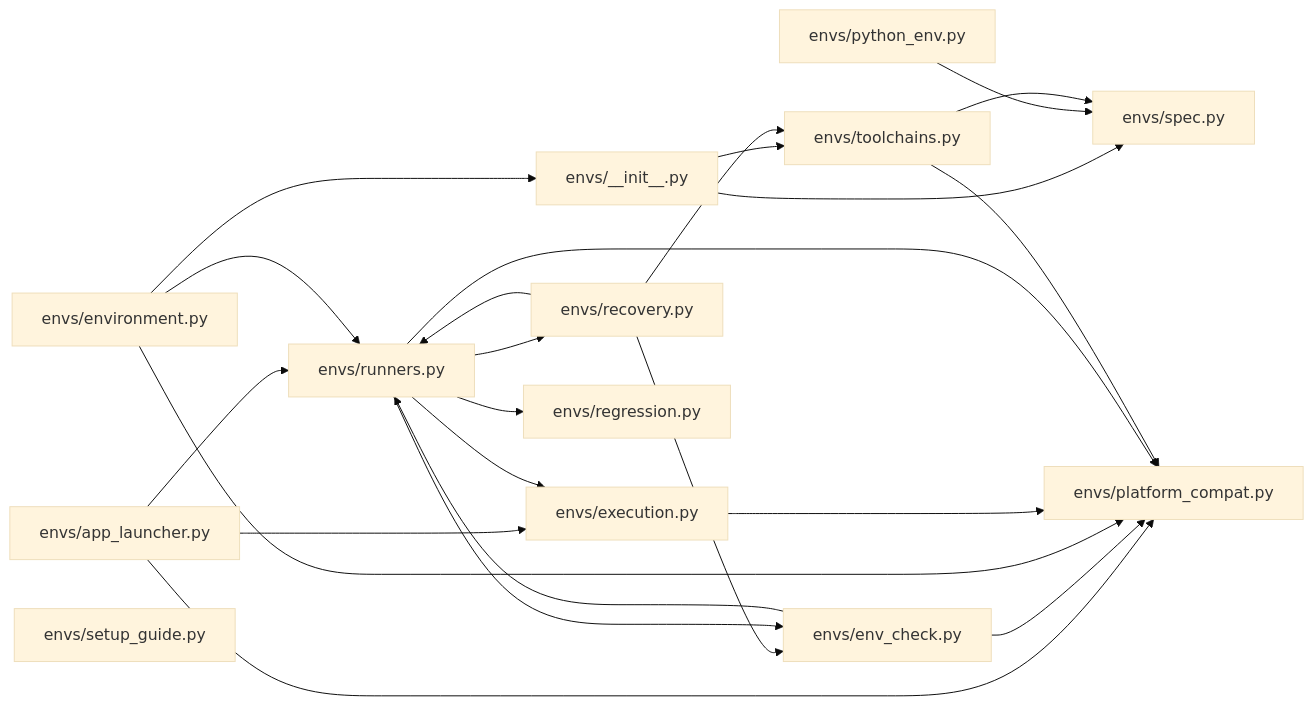
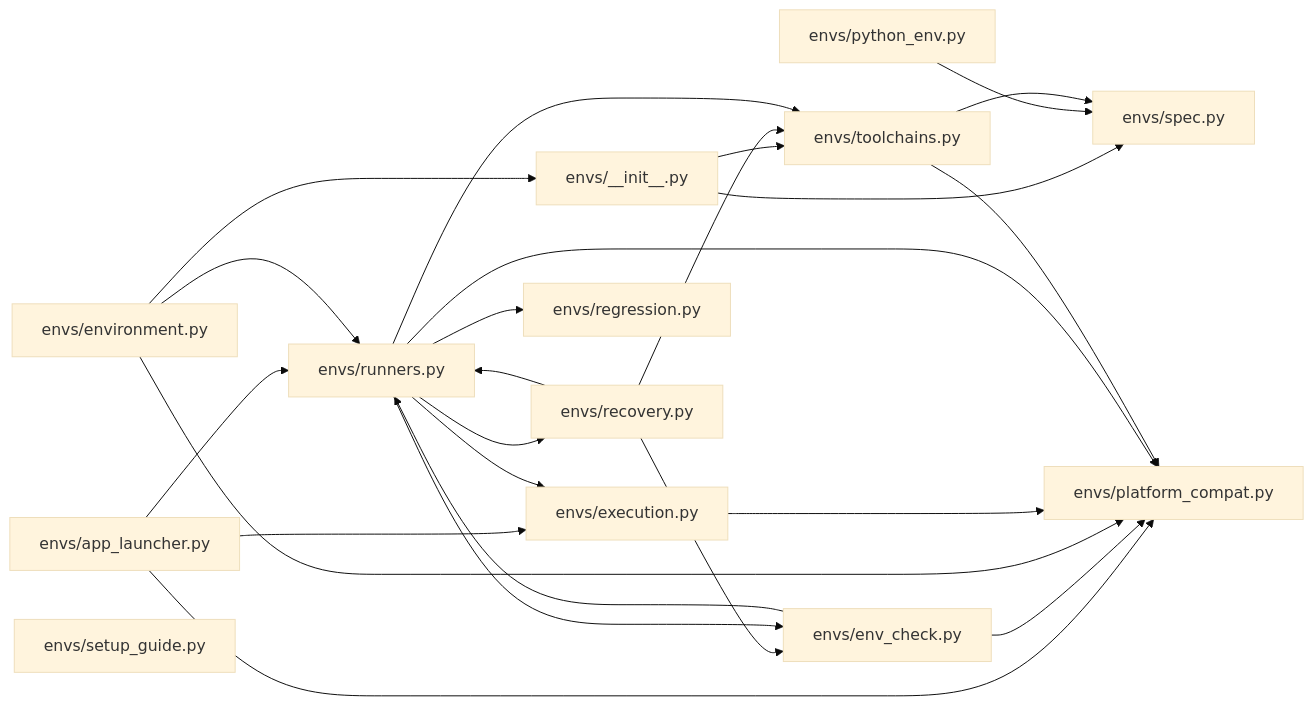
Before and after one commit to sarveshtalele/maf-harness-testing: the fifth of 21 diagrams in docs/ARCHITECTURE_MAP.md, drawn with Mermaid (base theme). The commit also changed other lines of this file and 9 other files, not shown here.

````diff
--- a/docs/ARCHITECTURE_MAP.md
+++ b/docs/ARCHITECTURE_MAP.md
@@ -205,38 +206,39 @@
 ```mermaid
 flowchart LR
   f0["envs/__init__.py"]
   f1["envs/app_launcher.py"]
   f2["envs/env_check.py"]
   f3["envs/environment.py"]
   f4["envs/execution.py"]
   f5["envs/platform_compat.py"]
   f6["envs/python_env.py"]
   f7["envs/recovery.py"]
   f8["envs/regression.py"]
   f9["envs/runners.py"]
   f10["envs/setup_guide.py"]
   f11["envs/spec.py"]
   f12["envs/toolchains.py"]
   f0 --> f11
   f0 --> f12
   f1 --> f4
   f1 --> f5
   f1 --> f9
   f2 --> f5
   f2 --> f9
   f3 --> f0
   f3 --> f5
   f3 --> f9
   f4 --> f5
   f6 --> f11
   f7 --> f2
   f7 --> f9
   f7 --> f12
   f9 --> f2
   f9 --> f4
   f9 --> f5
   f9 --> f7
   f9 --> f8
+  f9 --> f12
   f12 --> f5
   f12 --> f11
 ```
````
